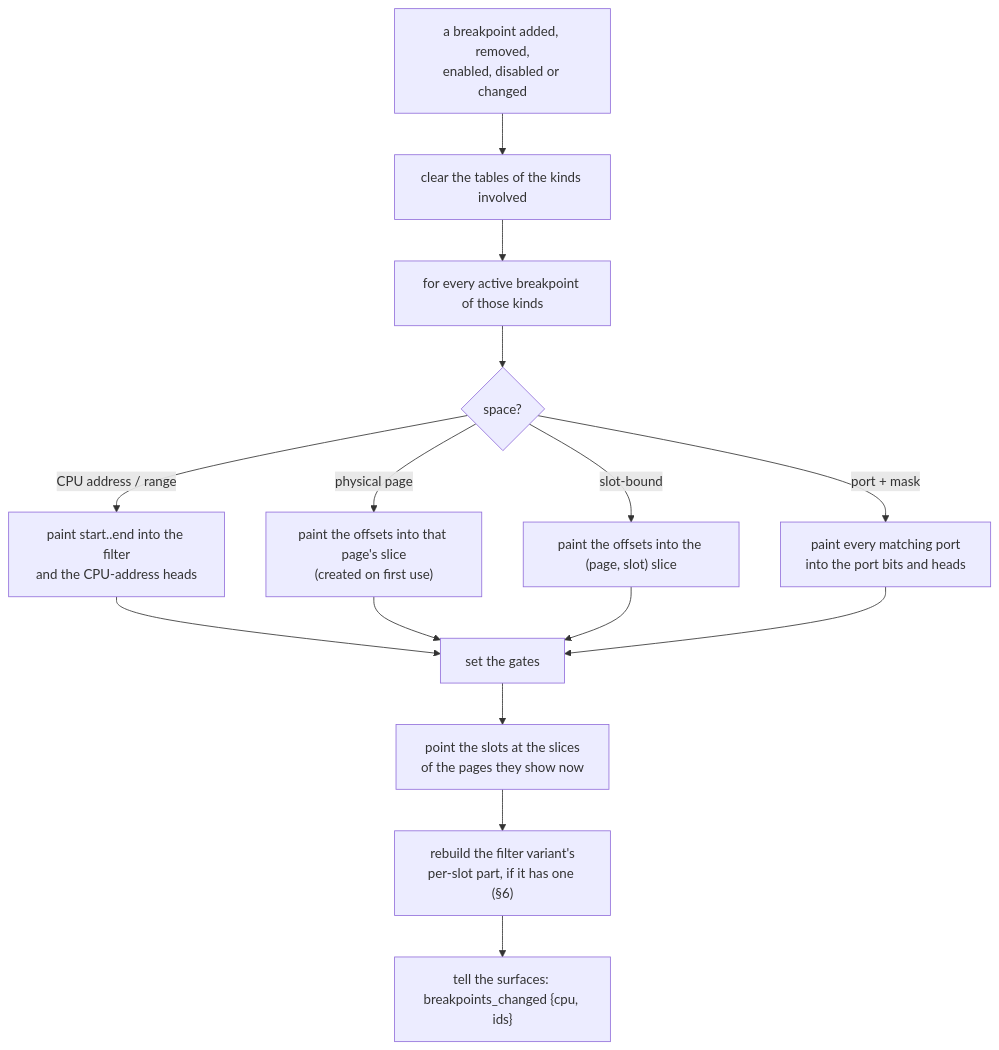
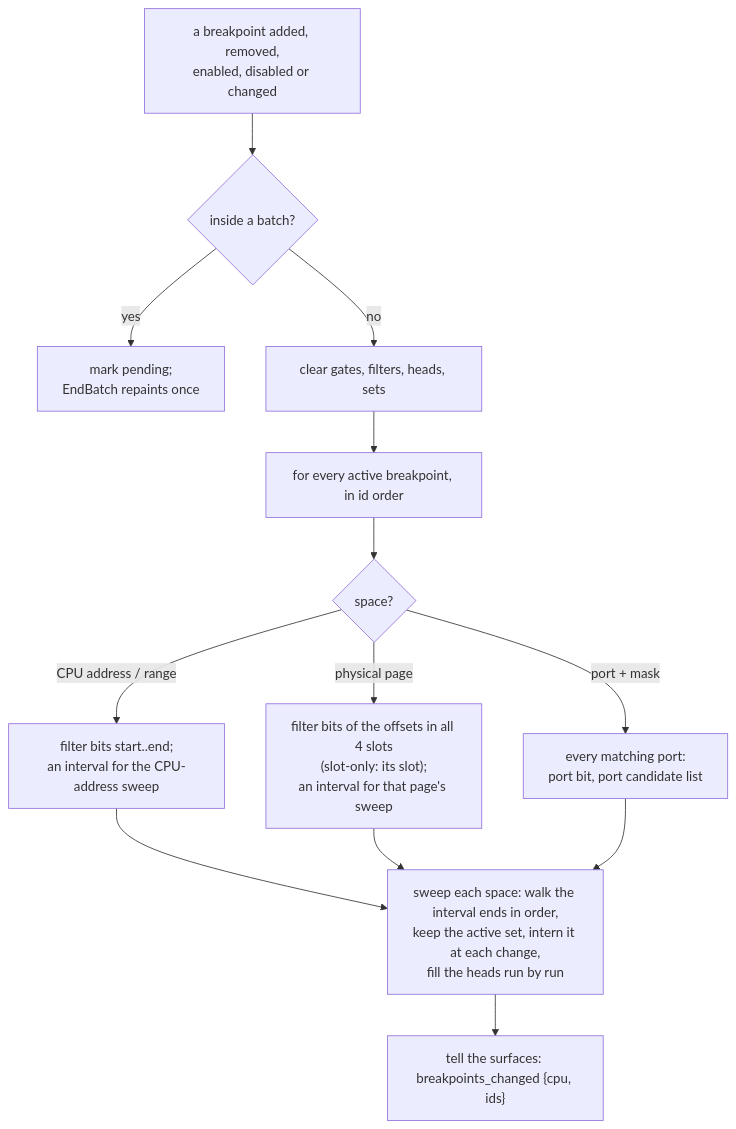
One commit to alfishe/unreal-ng changed the third of 3 diagrams in docs/inprogress/2026-08-17-conditional-breakpoints/hotpath-matching-design.md. Above: the diagram before and after it, drawn with Mermaid. The commit also changed other lines of this file and 30 other files, not shown here.

First line of the commit message:
feat(breakpoints): ranges, physical pages, port masks and hit counts on a faster hot path

````diff
--- a/docs/inprogress/2026-08-17-conditional-breakpoints/hotpath-matching-design.md
+++ b/docs/inprogress/2026-08-17-conditional-breakpoints/hotpath-matching-design.md
@@ -132,14 +130,13 @@
 ```mermaid
 flowchart TD
-    M["a breakpoint added, removed,<br/>enabled, disabled or changed"] --> CLR["clear the tables of the kinds involved"]
-    CLR --> P["for every active breakpoint of those kinds"]
+    M["a breakpoint added, removed,<br/>enabled, disabled or changed"] --> B{"inside a batch?"}
+    B -- yes --> PEND["mark pending;<br/>EndBatch repaints once"]
+    B -- no --> CLR["clear gates, filters, heads, sets"]
+    CLR --> P["for every active breakpoint, in id order"]
     P --> S{"space?"}
-    S -- "CPU address / range" --> PZ["paint start..end into the filter<br/>and the CPU-address heads"]
-    S -- "physical page" --> PP["paint the offsets into that page's slice<br/>(created on first use)"]
-    S -- "slot-bound" --> PBD["paint the offsets into the (page, slot) slice"]
-    S -- "port + mask" --> PPT["paint every matching port<br/>into the port bits and heads"]
-    PZ & PP & PBD & PPT --> GATE["set the gates"]
-    GATE --> PTR["point the slots at the slices<br/>of the pages they show now"]
-    PTR --> FL["rebuild the filter variant's<br/>per-slot part, if it has one (§6)"]
-    FL --> N["tell the surfaces: breakpoints_changed {cpu, ids}"]
+    S -- "CPU address / range" --> PZ["filter bits start..end;<br/>an interval for the CPU-address sweep"]
+    S -- "physical page" --> PP["filter bits of the offsets in all 4 slots<br/>(slot-only: its slot);<br/>an interval for that page's sweep"]
+    S -- "port + mask" --> PPT["every matching port:<br/>port bit, port candidate list"]
+    PZ & PP & PPT --> SW["sweep each space: walk the interval ends in order,<br/>keep the active set, intern it at each change,<br/>fill the heads run by run"]
+    SW --> N["tell the surfaces: breakpoints_changed {cpu, ids}"]
 ```
````
